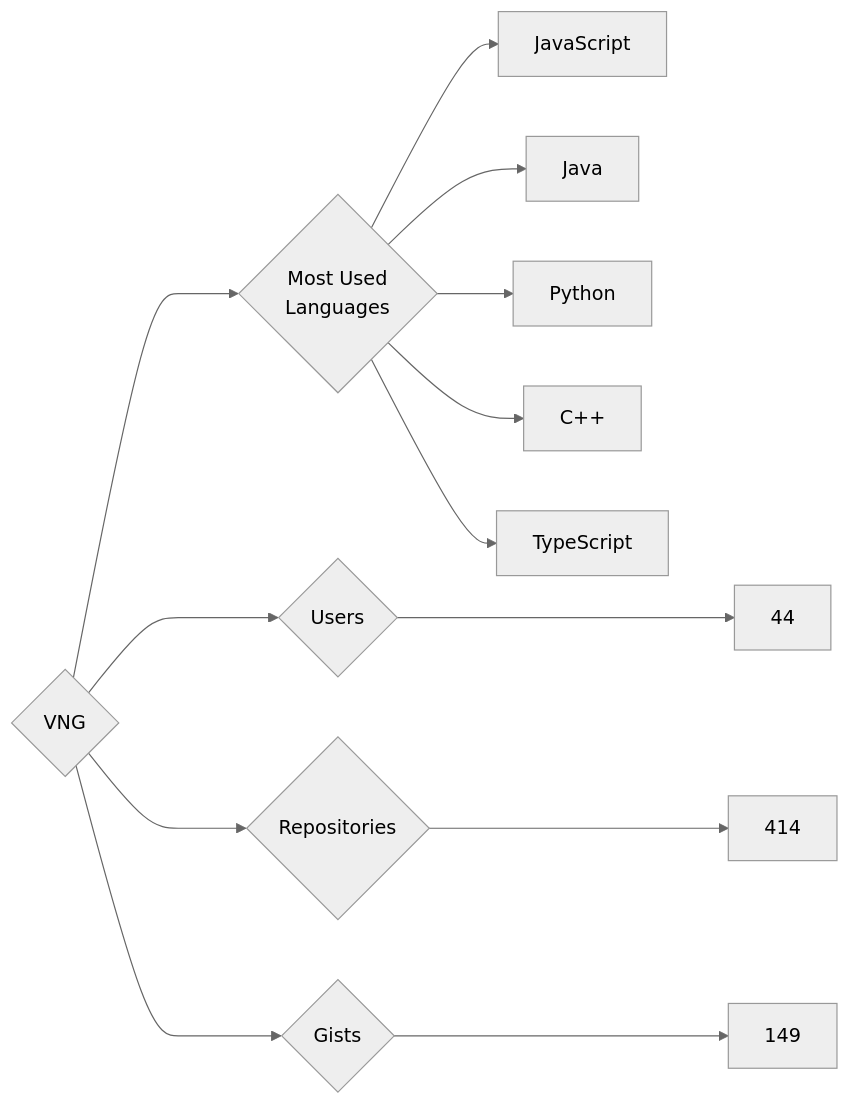
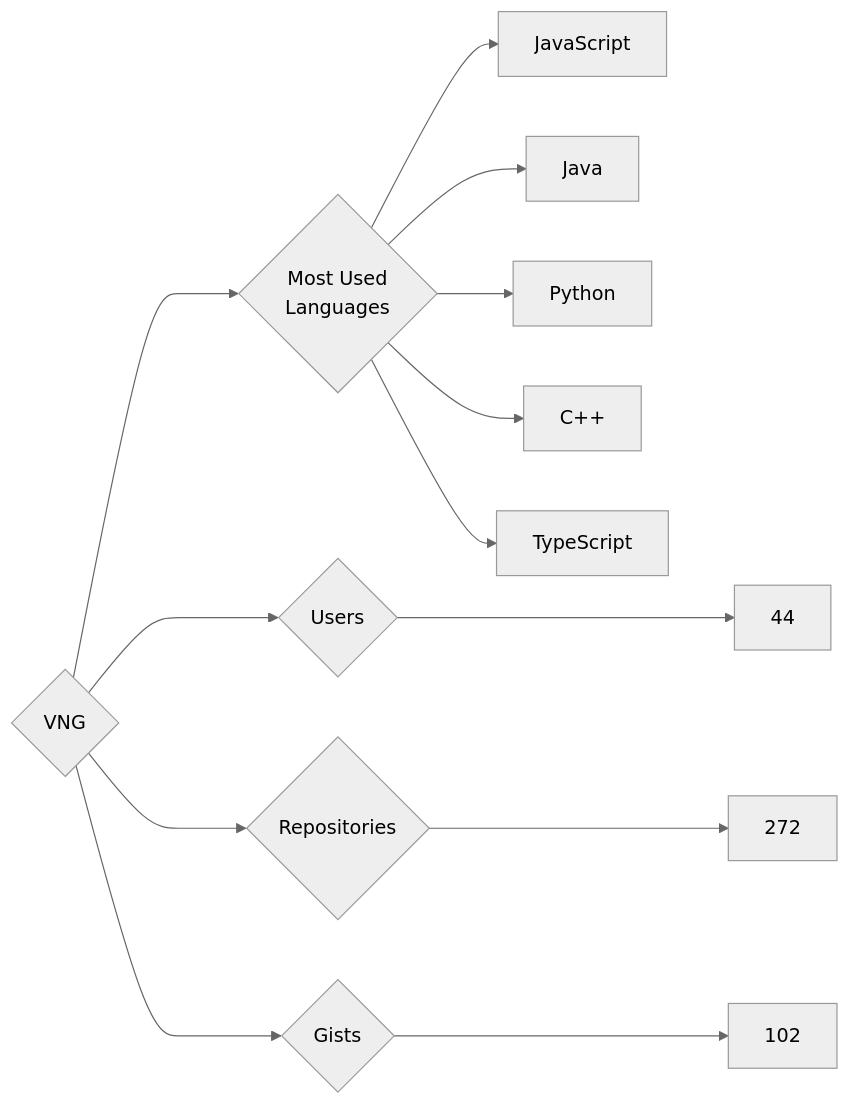
One commit to trickest/insiders changed the diagram in targets/VNG/README.md. Above: the diagram before and after it, drawn with Mermaid (neutral theme). The commit also changed 903 other files, not shown here.

````diff
--- a/targets/VNG/README.md
+++ b/targets/VNG/README.md
@@ -3,13 +3,13 @@
 ```mermaid
 graph LR
 COMPANY_NAME{VNG}
 COMPANY_NAME ---> U{Users} ---> UN[44]
-COMPANY_NAME ---> R{Repositories} ---> RN[414]
-COMPANY_NAME ---> G{Gists} ---> GN[149]
+COMPANY_NAME ---> R{Repositories} ---> RN[272]
+COMPANY_NAME ---> G{Gists} ---> GN[102]
 COMPANY_NAME ---> ML{Most Used<br>Languages}
 ML --> JavaScript[JavaScript]
 ML --> Java[Java]
 ML --> Python[Python]
 ML --> C++[C++]
 ML --> TypeScript[TypeScript]
 ```
````
